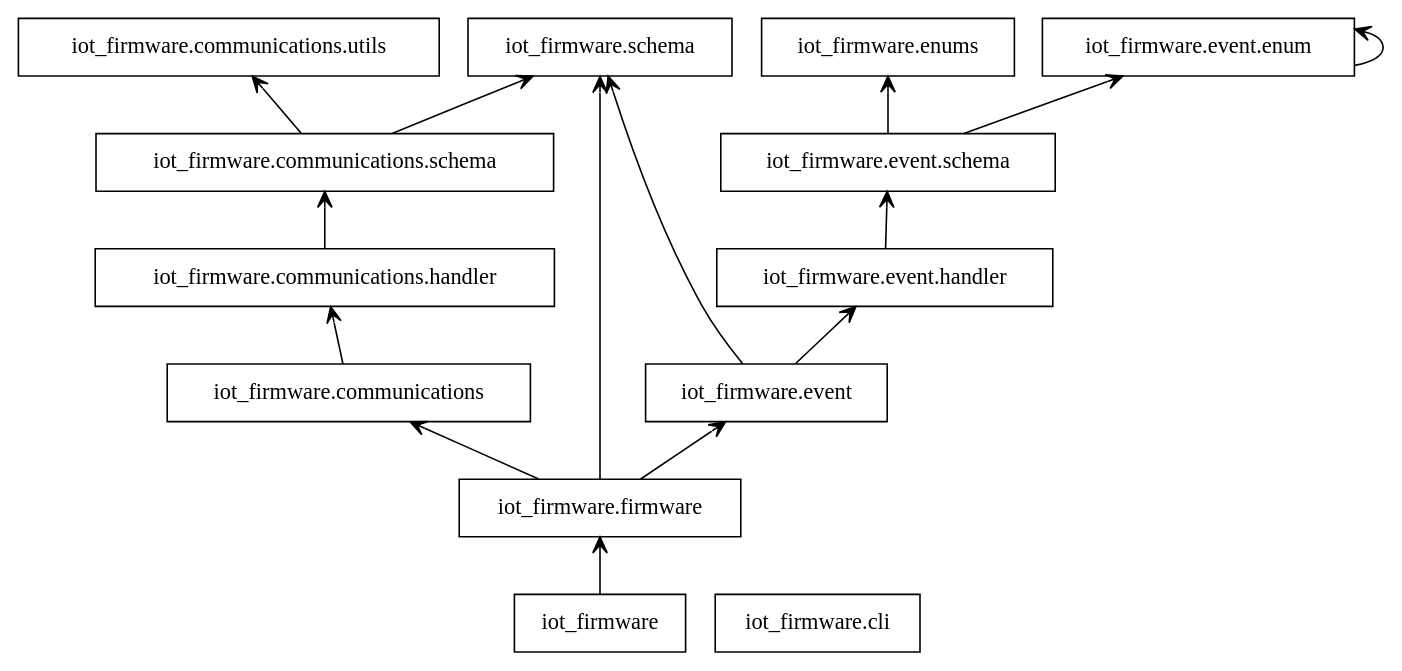
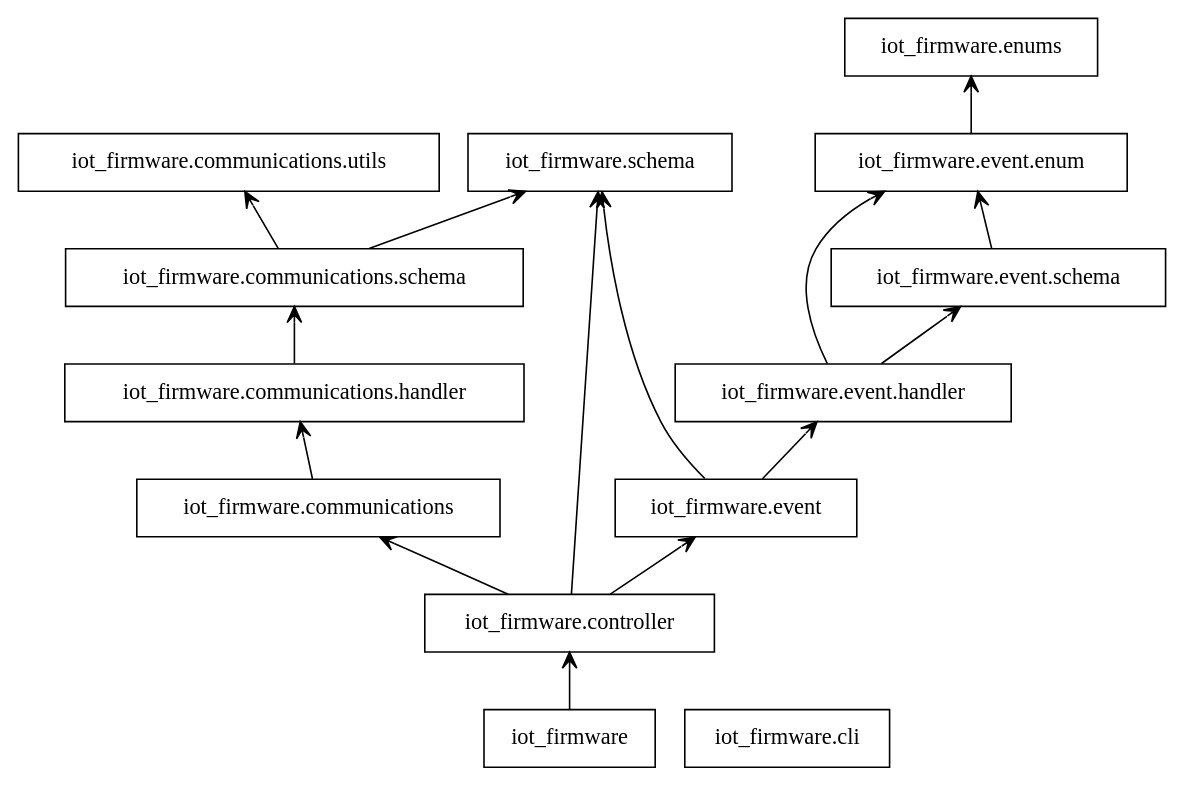
Before and after one commit to bonastreyair/iot-firmware: the diagram in docs/graphs/packages.dot, drawn with Graphviz. The commit also changed 5 other files, not shown here.

```diff
--- a/docs/graphs/packages.dot
+++ b/docs/graphs/packages.dot
@@ -1,31 +1,31 @@
 digraph "packages" {
 rankdir=BT
 charset="utf-8"
 "iot_firmware" [color="black", label="iot_firmware", shape="box", style="solid"];
 "iot_firmware.cli" [color="black", label="iot_firmware.cli", shape="box", style="solid"];
 "iot_firmware.communications" [color="black", label="iot_firmware.communications", shape="box", style="solid"];
 "iot_firmware.communications.handler" [color="black", label="iot_firmware.communications.handler", shape="box", style="solid"];
 "iot_firmware.communications.schema" [color="black", label="iot_firmware.communications.schema", shape="box", style="solid"];
 "iot_firmware.communications.utils" [color="black", label="iot_firmware.communications.utils", shape="box", style="solid"];
+"iot_firmware.controller" [color="black", label="iot_firmware.controller", shape="box", style="solid"];
 "iot_firmware.enums" [color="black", label="iot_firmware.enums", shape="box", style="solid"];
 "iot_firmware.event" [color="black", label="iot_firmware.event", shape="box", style="solid"];
 "iot_firmware.event.enum" [color="black", label="iot_firmware.event.enum", shape="box", style="solid"];
 "iot_firmware.event.handler" [color="black", label="iot_firmware.event.handler", shape="box", style="solid"];
 "iot_firmware.event.schema" [color="black", label="iot_firmware.event.schema", shape="box", style="solid"];
-"iot_firmware.firmware" [color="black", label="iot_firmware.firmware", shape="box", style="solid"];
 "iot_firmware.schema" [color="black", label="iot_firmware.schema", shape="box", style="solid"];
-"iot_firmware" -> "iot_firmware.firmware" [arrowhead="open", arrowtail="none"];
+"iot_firmware" -> "iot_firmware.controller" [arrowhead="open", arrowtail="none"];
 "iot_firmware.communications" -> "iot_firmware.communications.handler" [arrowhead="open", arrowtail="none"];
 "iot_firmware.communications.handler" -> "iot_firmware.communications.schema" [arrowhead="open", arrowtail="none"];
 "iot_firmware.communications.schema" -> "iot_firmware.communications.utils" [arrowhead="open", arrowtail="none"];
 "iot_firmware.communications.schema" -> "iot_firmware.schema" [arrowhead="open", arrowtail="none"];
+"iot_firmware.controller" -> "iot_firmware.communications" [arrowhead="open", arrowtail="none"];
+"iot_firmware.controller" -> "iot_firmware.event" [arrowhead="open", arrowtail="none"];
+"iot_firmware.controller" -> "iot_firmware.schema" [arrowhead="open", arrowtail="none"];
 "iot_firmware.event" -> "iot_firmware.event.handler" [arrowhead="open", arrowtail="none"];
 "iot_firmware.event" -> "iot_firmware.schema" [arrowhead="open", arrowtail="none"];
-"iot_firmware.event.enum" -> "iot_firmware.event.enum" [arrowhead="open", arrowtail="none"];
+"iot_firmware.event.enum" -> "iot_firmware.enums" [arrowhead="open", arrowtail="none"];
+"iot_firmware.event.handler" -> "iot_firmware.event.enum" [arrowhead="open", arrowtail="none"];
 "iot_firmware.event.handler" -> "iot_firmware.event.schema" [arrowhead="open", arrowtail="none"];
-"iot_firmware.event.schema" -> "iot_firmware.enums" [arrowhead="open", arrowtail="none"];
 "iot_firmware.event.schema" -> "iot_firmware.event.enum" [arrowhead="open", arrowtail="none"];
-"iot_firmware.firmware" -> "iot_firmware.communications" [arrowhead="open", arrowtail="none"];
-"iot_firmware.firmware" -> "iot_firmware.event" [arrowhead="open", arrowtail="none"];
-"iot_firmware.firmware" -> "iot_firmware.schema" [arrowhead="open", arrowtail="none"];
 }
```
